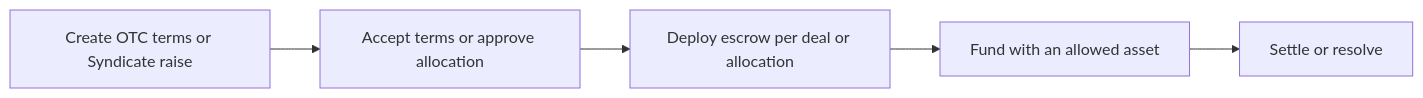
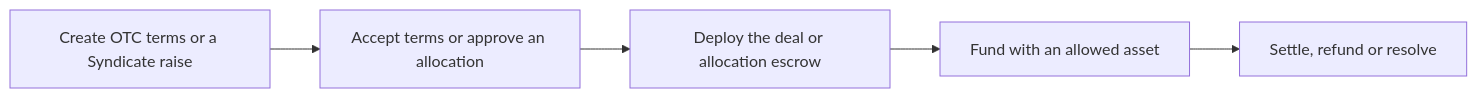
Before and after one commit to deflowlabs/docs: the diagram in content/1.getting-started/1.what-is-deflow.md, drawn with Mermaid. The commit also changed 10 other files, not shown here.

Commit message:
feat(docs): modernize Mermaid presentation and delivery

````diff
--- a/content/1.getting-started/1.what-is-deflow.md
+++ b/content/1.getting-started/1.what-is-deflow.md
@@ -31,7 +31,7 @@
 ```mermaid [DeFlow transaction model]
 flowchart LR
-  A[Create OTC terms or Syndicate raise] --> B[Accept terms or approve allocation]
-  B --> C[Deploy escrow per deal or allocation]
+  A[Create OTC terms or a Syndicate raise] --> B[Accept terms or approve an allocation]
+  B --> C[Deploy the deal or allocation escrow]
   C --> D[Fund with an allowed asset]
-  D --> E[Settle or resolve]
+  D --> E[Settle, refund or resolve]
 ```
````
